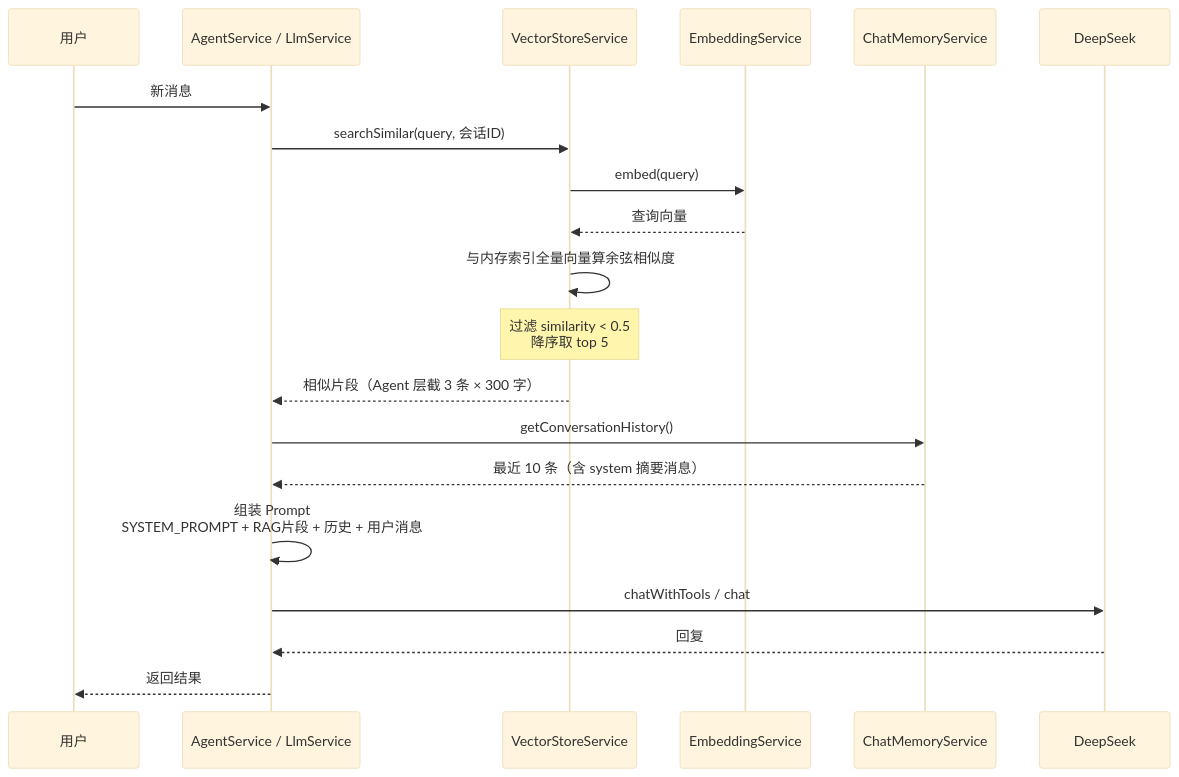
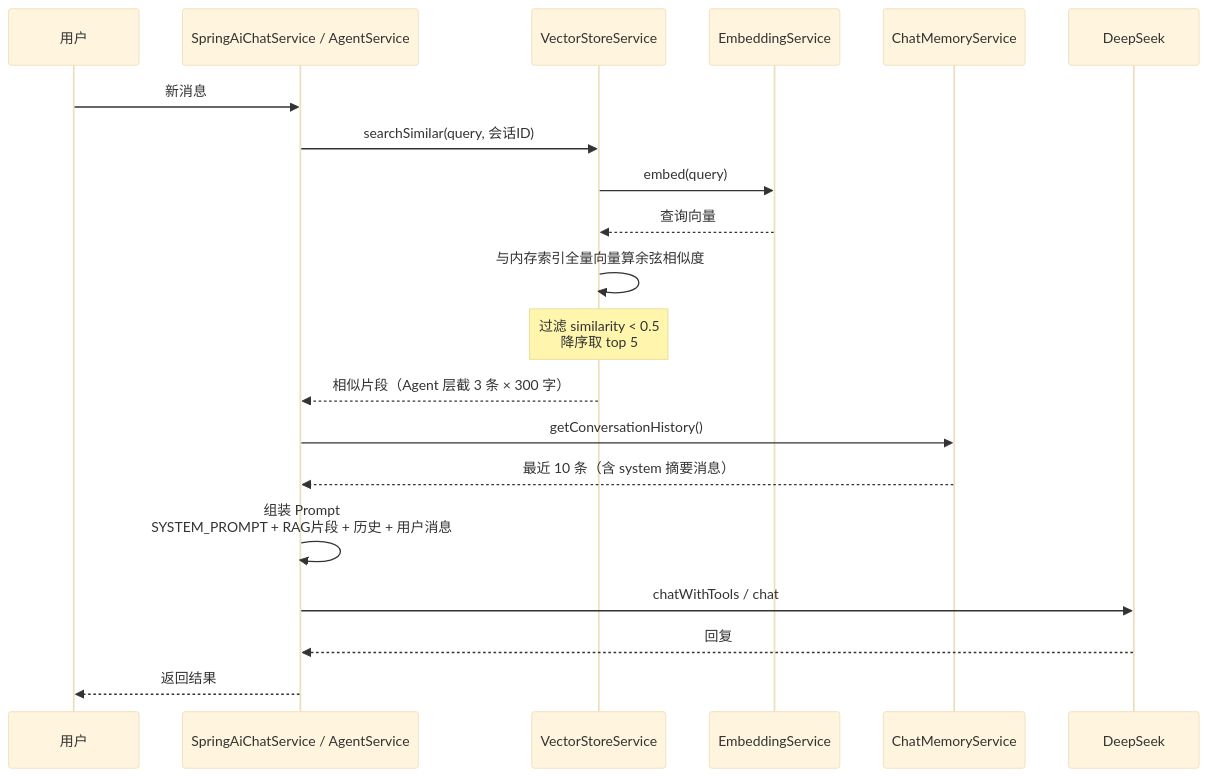
Before and after one commit to 8750shuangyue/WECHATILINK: the fifth of 6 diagrams in 落地文档/项目介绍与记忆RAG系统设计.md, drawn with Mermaid (base theme). The commit also changed other lines of this file and 14 other files, not shown here.

Commit message:
docs: update 落地文档 to Web-only architecture (remove WeChat, 68 tools, auth design, new diagrams)

````diff
--- a/落地文档/项目介绍与记忆RAG系统设计.md
+++ b/落地文档/项目介绍与记忆RAG系统设计.md
@@ -365,23 +263,23 @@
 ```mermaid
 sequenceDiagram
     participant U as 用户
-    participant A as AgentService / LlmService
+    participant A as SpringAiChatService / AgentService
     participant V as VectorStoreService
     participant E as EmbeddingService
     participant M as ChatMemoryService
     participant D as DeepSeek
 
     U->>A: 新消息
     A->>V: searchSimilar(query, 会话ID)
     V->>E: embed(query)
     E-->>V: 查询向量
     V->>V: 与内存索引全量向量算余弦相似度
     Note over V: 过滤 similarity < 0.5<br/>降序取 top 5
     V-->>A: 相似片段（Agent 层截 3 条 × 300 字）
     A->>M: getConversationHistory()
     M-->>A: 最近 10 条（含 system 摘要消息）
     A->>A: 组装 Prompt<br/>SYSTEM_PROMPT + RAG片段 + 历史 + 用户消息
     A->>D: chatWithTools / chat
     D-->>A: 回复
     A-->>U: 返回结果
 ```
````
